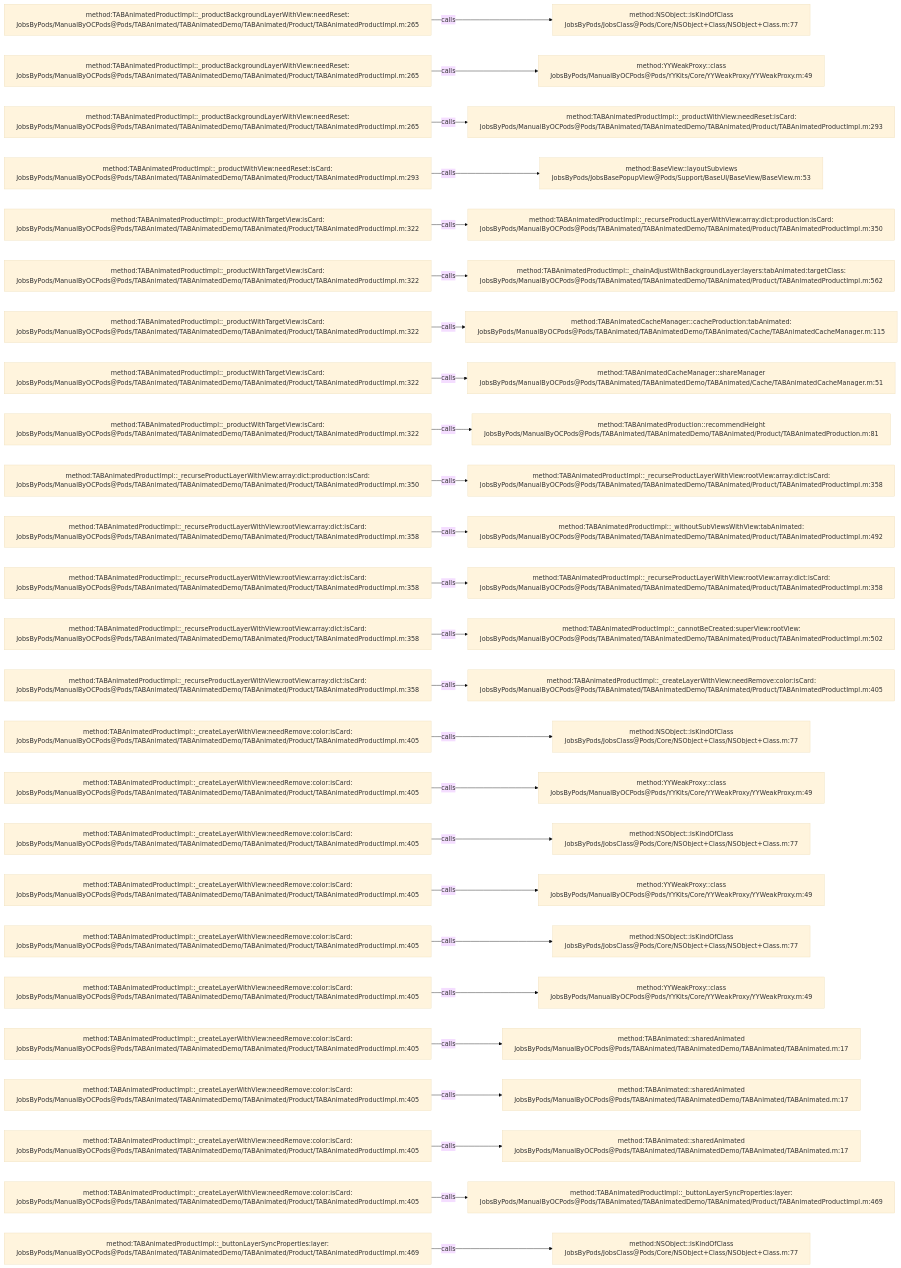
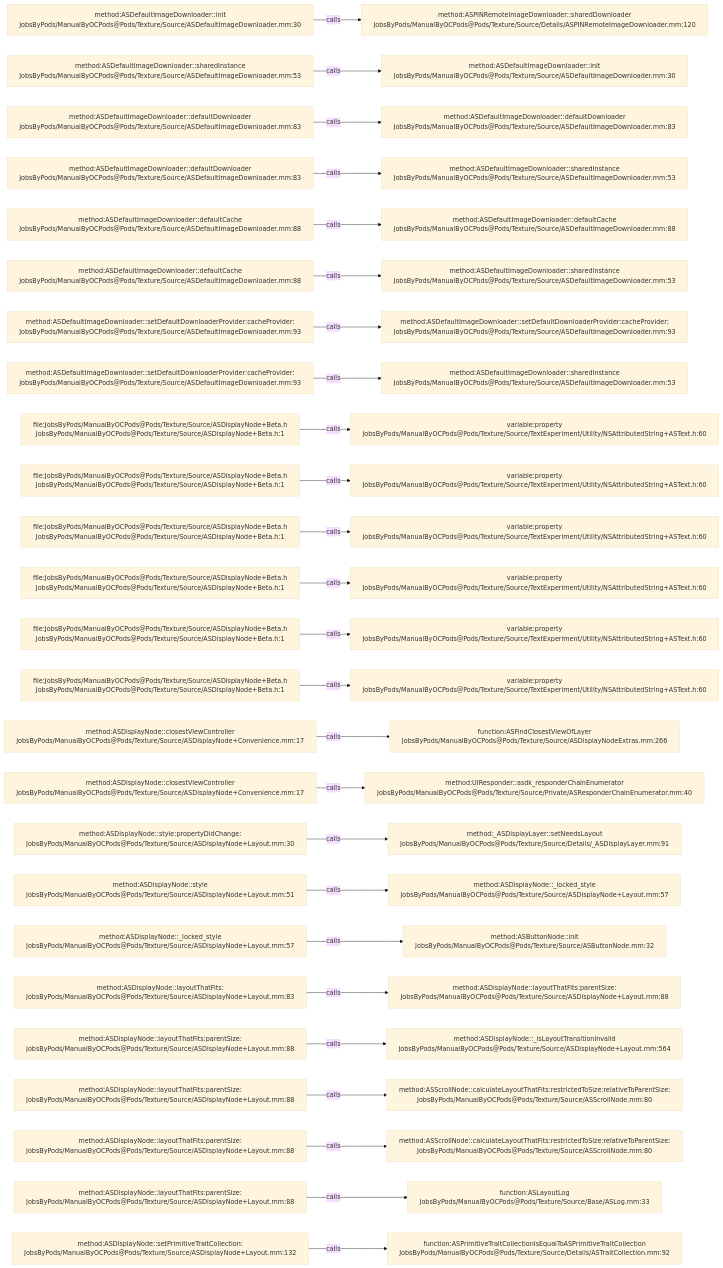
The diagram in .codegraph/codegraph.md/graphs/calls-199.md (JobsKits/JobsOCBaseConfigDemo), drawn with Mermaid (base theme) before and after one commit. The commit also changed 573 other files, not shown here.

````diff
--- a/.codegraph/codegraph.md/graphs/calls-199.md
+++ b/.codegraph/codegraph.md/graphs/calls-199.md
@@ -13,78 +13,78 @@
 ```mermaid
 flowchart LR
-  S1["method:TABAnimatedProductImpl::_productBackgroundLayerWithView:needReset:<br/>JobsByPods/ManualByOCPods@Pods/TABAnimated/TABAnimatedDemo/TABAnimated/Product/TABAnimatedProductImpl.m:265"]
-  T1["method:NSObject::isKindOfClass<br/>JobsByPods/JobsClass@Pods/Core/NSObject+Class/NSObject+Class.m:77"]
+  S1["method:ASDefaultImageDownloader::init<br/>JobsByPods/ManualByOCPods@Pods/Texture/Source/ASDefaultImageDownloader.mm:30"]
+  T1["method:ASPINRemoteImageDownloader::sharedDownloader<br/>JobsByPods/ManualByOCPods@Pods/Texture/Source/Details/ASPINRemoteImageDownloader.mm:120"]
   S1 -->|calls| T1
-  S2["method:TABAnimatedProductImpl::_productBackgroundLayerWithView:needReset:<br/>JobsByPods/ManualByOCPods@Pods/TABAnimated/TABAnimatedDemo/TABAnimated/Product/TABAnimatedProductImpl.m:265"]
-  T2["method:YYWeakProxy::class<br/>JobsByPods/ManualByOCPods@Pods/YYKits/Core/YYWeakProxy/YYWeakProxy.m:49"]
+  S2["method:ASDefaultImageDownloader::sharedInstance<br/>JobsByPods/ManualByOCPods@Pods/Texture/Source/ASDefaultImageDownloader.mm:53"]
+  T2["method:ASDefaultImageDownloader::init<br/>JobsByPods/ManualByOCPods@Pods/Texture/Source/ASDefaultImageDownloader.mm:30"]
   S2 -->|calls| T2
-  S3["method:TABAnimatedProductImpl::_productBackgroundLayerWithView:needReset:<br/>JobsByPods/ManualByOCPods@Pods/TABAnimated/TABAnimatedDemo/TABAnimated/Product/TABAnimatedProductImpl.m:265"]
-  T3["method:TABAnimatedProductImpl::_productWithView:needReset:isCard:<br/>JobsByPods/ManualByOCPods@Pods/TABAnimated/TABAnimatedDemo/TABAnimated/Product/TABAnimatedProductImpl.m:293"]
+  S3["method:ASDefaultImageDownloader::defaultDownloader<br/>JobsByPods/ManualByOCPods@Pods/Texture/Source/ASDefaultImageDownloader.mm:83"]
+  T3["method:ASDefaultImageDownloader::defaultDownloader<br/>JobsByPods/ManualByOCPods@Pods/Texture/Source/ASDefaultImageDownloader.mm:83"]
   S3 -->|calls| T3
-  S4["method:TABAnimatedProductImpl::_productWithView:needReset:isCard:<br/>JobsByPods/ManualByOCPods@Pods/TABAnimated/TABAnimatedDemo/TABAnimated/Product/TABAnimatedProductImpl.m:293"]
-  T4["method:BaseView::layoutSubviews<br/>JobsByPods/JobsBasePopupView@Pods/Support/BaseUI/BaseView/BaseView.m:53"]
+  S4["method:ASDefaultImageDownloader::defaultDownloader<br/>JobsByPods/ManualByOCPods@Pods/Texture/Source/ASDefaultImageDownloader.mm:83"]
+  T4["method:ASDefaultImageDownloader::sharedInstance<br/>JobsByPods/ManualByOCPods@Pods/Texture/Source/ASDefaultImageDownloader.mm:53"]
   S4 -->|calls| T4
-  S5["method:TABAnimatedProductImpl::_productWithTargetView:isCard:<br/>JobsByPods/ManualByOCPods@Pods/TABAnimated/TABAnimatedDemo/TABAnimated/Product/TABAnimatedProductImpl.m:322"]
-  T5["method:TABAnimatedProductImpl::_recurseProductLayerWithView:array:dict:production:isCard:<br/>JobsByPods/ManualByOCPods@Pods/TABAnimated/TABAnimatedDemo/TABAnimated/Product/TABAnimatedProductImpl.m:350"]
+  S5["method:ASDefaultImageDownloader::defaultCache<br/>JobsByPods/ManualByOCPods@Pods/Texture/Source/ASDefaultImageDownloader.mm:88"]
+  T5["method:ASDefaultImageDownloader::defaultCache<br/>JobsByPods/ManualByOCPods@Pods/Texture/Source/ASDefaultImageDownloader.mm:88"]
   S5 -->|calls| T5
-  S6["method:TABAnimatedProductImpl::_productWithTargetView:isCard:<br/>JobsByPods/ManualByOCPods@Pods/TABAnimated/TABAnimatedDemo/TABAnimated/Product/TABAnimatedProductImpl.m:322"]
-  T6["method:TABAnimatedProductImpl::_chainAdjustWithBackgroundLayer:layers:tabAnimated:targetClass:<br/>JobsByPods/ManualByOCPods@Pods/TABAnimated/TABAnimatedDemo/TABAnimated/Product/TABAnimatedProductImpl.m:562"]
+  S6["method:ASDefaultImageDownloader::defaultCache<br/>JobsByPods/ManualByOCPods@Pods/Texture/Source/ASDefaultImageDownloader.mm:88"]
+  T6["method:ASDefaultImageDownloader::sharedInstance<br/>JobsByPods/ManualByOCPods@Pods/Texture/Source/ASDefaultImageDownloader.mm:53"]
   S6 -->|calls| T6
-  S7["method:TABAnimatedProductImpl::_productWithTargetView:isCard:<br/>JobsByPods/ManualByOCPods@Pods/TABAnimated/TABAnimatedDemo/TABAnimated/Product/TABAnimatedProductImpl.m:322"]
-  T7["method:TABAnimatedCacheManager::cacheProduction:tabAnimated:<br/>JobsByPods/ManualByOCPods@Pods/TABAnimated/TABAnimatedDemo/TABAnimated/Cache/TABAnimatedCacheManager.m:115"]
+  S7["method:ASDefaultImageDownloader::setDefaultDownloaderProvider:cacheProvider:<br/>JobsByPods/ManualByOCPods@Pods/Texture/Source/ASDefaultImageDownloader.mm:93"]
+  T7["method:ASDefaultImageDownloader::setDefaultDownloaderProvider:cacheProvider:<br/>JobsByPods/ManualByOCPods@Pods/Texture/Source/ASDefaultImageDownloader.mm:93"]
   S7 -->|calls| T7
-  S8["method:TABAnimatedProductImpl::_productWithTargetView:isCard:<br/>JobsByPods/ManualByOCPods@Pods/TABAnimated/TABAnimatedDemo/TABAnimated/Product/TABAnimatedProductImpl.m:322"]
-  T8["method:TABAnimatedCacheManager::shareManager<br/>JobsByPods/ManualByOCPods@Pods/TABAnimated/TABAnimatedDemo/TABAnimated/Cache/TABAnimatedCacheManager.m:51"]
+  S8["method:ASDefaultImageDownloader::setDefaultDownloaderProvider:cacheProvider:<br/>JobsByPods/ManualByOCPods@Pods/Texture/Source/ASDefaultImageDownloader.mm:93"]
+  T8["method:ASDefaultImageDownloader::sharedInstance<br/>JobsByPods/ManualByOCPods@Pods/Texture/Source/ASDefaultImageDownloader.mm:53"]
   S8 -->|calls| T8
-  S9["method:TABAnimatedProductImpl::_productWithTargetView:isCard:<br/>JobsByPods/ManualByOCPods@Pods/TABAnimated/TABAnimatedDemo/TABAnimated/Product/TABAnimatedProductImpl.m:322"]
-  T9["method:TABAnimatedProduction::recommendHeight<br/>JobsByPods/ManualByOCPods@Pods/TABAnimated/TABAnimatedDemo/TABAnimated/Product/TABAnimatedProduction.m:81"]
+  S9["file:JobsByPods/ManualByOCPods@Pods/Texture/Source/ASDisplayNode+Beta.h<br/>JobsByPods/ManualByOCPods@Pods/Texture/Source/ASDisplayNode+Beta.h:1"]
+  T9["variable:property<br/>JobsByPods/ManualByOCPods@Pods/Texture/Source/TextExperiment/Utility/NSAttributedString+ASText.h:60"]
   S9 -->|calls| T9
-  S10["method:TABAnimatedProductImpl::_recurseProductLayerWithView:array:dict:production:isCard:<br/>JobsByPods/ManualByOCPods@Pods/TABAnimated/TABAnimatedDemo/TABAnimated/Product/TABAnimatedProductImpl.m:350"]
-  T10["method:TABAnimatedProductImpl::_recurseProductLayerWithView:rootView:array:dict:isCard:<br/>JobsByPods/ManualByOCPods@Pods/TABAnimated/TABAnimatedDemo/TABAnimated/Product/TABAnimatedProductImpl.m:358"]
+  S10["file:JobsByPods/ManualByOCPods@Pods/Texture/Source/ASDisplayNode+Beta.h<br/>JobsByPods/ManualByOCPods@Pods/Texture/Source/ASDisplayNode+Beta.h:1"]
+  T10["variable:property<br/>JobsByPods/ManualByOCPods@Pods/Texture/Source/TextExperiment/Utility/NSAttributedString+ASText.h:60"]
   S10 -->|calls| T10
-  S11["method:TABAnimatedProductImpl::_recurseProductLayerWithView:rootView:array:dict:isCard:<br/>JobsByPods/ManualByOCPods@Pods/TABAnimated/TABAnimatedDemo/TABAnimated/Product/TABAnimatedProductImpl.m:358"]
-  T11["method:TABAnimatedProductImpl::_withoutSubViewsWithView:tabAnimated:<br/>JobsByPods/ManualByOCPods@Pods/TABAnimated/TABAnimatedDemo/TABAnimated/Product/TABAnimatedProductImpl.m:492"]
+  S11["file:JobsByPods/ManualByOCPods@Pods/Texture/Source/ASDisplayNode+Beta.h<br/>JobsByPods/ManualByOCPods@Pods/Texture/Source/ASDisplayNode+Beta.h:1"]
+  T11["variable:property<br/>JobsByPods/ManualByOCPods@Pods/Texture/Source/TextExperiment/Utility/NSAttributedString+ASText.h:60"]
   S11 -->|calls| T11
-  S12["method:TABAnimatedProductImpl::_recurseProductLayerWithView:rootView:array:dict:isCard:<br/>JobsByPods/ManualByOCPods@Pods/TABAnimated/TABAnimatedDemo/TABAnimated/Product/TABAnimatedProductImpl.m:358"]
-  T12["method:TABAnimatedProductImpl::_recurseProductLayerWithView:rootView:array:dict:isCard:<br/>JobsByPods/ManualByOCPods@Pods/TABAnimated/TABAnimatedDemo/TABAnimated/Product/TABAnimatedProductImpl.m:358"]
+  S12["file:JobsByPods/ManualByOCPods@Pods/Texture/Source/ASDisplayNode+Beta.h<br/>JobsByPods/ManualByOCPods@Pods/Texture/Source/ASDisplayNode+Beta.h:1"]
+  T12["variable:property<br/>JobsByPods/ManualByOCPods@Pods/Texture/Source/TextExperiment/Utility/NSAttributedString+ASText.h:60"]
   S12 -->|calls| T12
-  S13["method:TABAnimatedProductImpl::_recurseProductLayerWithView:rootView:array:dict:isCard:<br/>JobsByPods/ManualByOCPods@Pods/TABAnimated/TABAnimatedDemo/TABAnimated/Product/TABAnimatedProductImpl.m:358"]
-  T13["method:TABAnimatedProductImpl::_cannotBeCreated:superView:rootView:<br/>JobsByPods/ManualByOCPods@Pods/TABAnimated/TABAnimatedDemo/TABAnimated/Product/TABAnimatedProductImpl.m:502"]
+  S13["file:JobsByPods/ManualByOCPods@Pods/Texture/Source/ASDisplayNode+Beta.h<br/>JobsByPods/ManualByOCPods@Pods/Texture/Source/ASDisplayNode+Beta.h:1"]
+  T13["variable:property<br/>JobsByPods/ManualByOCPods@Pods/Texture/Source/TextExperiment/Utility/NSAttributedString+ASText.h:60"]
   S13 -->|calls| T13
-  S14["method:TABAnimatedProductImpl::_recurseProductLayerWithView:rootView:array:dict:isCard:<br/>JobsByPods/ManualByOCPods@Pods/TABAnimated/TABAnimatedDemo/TABAnimated/Product/TABAnimatedProductImpl.m:358"]
-  T14["method:TABAnimatedProductImpl::_createLayerWithView:needRemove:color:isCard:<br/>JobsByPods/ManualByOCPods@Pods/TABAnimated/TABAnimatedDemo/TABAnimated/Product/TABAnimatedProductImpl.m:405"]
+  S14["file:JobsByPods/ManualByOCPods@Pods/Texture/Source/ASDisplayNode+Beta.h<br/>JobsByPods/ManualByOCPods@Pods/Texture/Source/ASDisplayNode+Beta.h:1"]
+  T14["variable:property<br/>JobsByPods/ManualByOCPods@Pods/Texture/Source/TextExperiment/Utility/NSAttributedString+ASText.h:60"]
   S14 -->|calls| T14
-  S15["method:TABAnimatedProductImpl::_createLayerWithView:needRemove:color:isCard:<br/>JobsByPods/ManualByOCPods@Pods/TABAnimated/TABAnimatedDemo/TABAnimated/Product/TABAnimatedProductImpl.m:405"]
-  T15["method:NSObject::isKindOfClass<br/>JobsByPods/JobsClass@Pods/Core/NSObject+Class/NSObject+Class.m:77"]
+  S15["method:ASDisplayNode::closestViewController<br/>JobsByPods/ManualByOCPods@Pods/Texture/Source/ASDisplayNode+Convenience.mm:17"]
+  T15["function:ASFindClosestViewOfLayer<br/>JobsByPods/ManualByOCPods@Pods/Texture/Source/ASDisplayNodeExtras.mm:266"]
   S15 -->|calls| T15
-  S16["method:TABAnimatedProductImpl::_createLayerWithView:needRemove:color:isCard:<br/>JobsByPods/ManualByOCPods@Pods/TABAnimated/TABAnimatedDemo/TABAnimated/Product/TABAnimatedProductImpl.m:405"]
-  T16["method:YYWeakProxy::class<br/>JobsByPods/ManualByOCPods@Pods/YYKits/Core/YYWeakProxy/YYWeakProxy.m:49"]
+  S16["method:ASDisplayNode::closestViewController<br/>JobsByPods/ManualByOCPods@Pods/Texture/Source/ASDisplayNode+Convenience.mm:17"]
+  T16["method:UIResponder::asdk_responderChainEnumerator<br/>JobsByPods/ManualByOCPods@Pods/Texture/Source/Private/ASResponderChainEnumerator.mm:40"]
   S16 -->|calls| T16
-  S17["method:TABAnimatedProductImpl::_createLayerWithView:needRemove:color:isCard:<br/>JobsByPods/ManualByOCPods@Pods/TABAnimated/TABAnimatedDemo/TABAnimated/Product/TABAnimatedProductImpl.m:405"]
-  T17["method:NSObject::isKindOfClass<br/>JobsByPods/JobsClass@Pods/Core/NSObject+Class/NSObject+Class.m:77"]
+  S17["method:ASDisplayNode::style:propertyDidChange:<br/>JobsByPods/ManualByOCPods@Pods/Texture/Source/ASDisplayNode+Layout.mm:30"]
+  T17["method:_ASDisplayLayer::setNeedsLayout<br/>JobsByPods/ManualByOCPods@Pods/Texture/Source/Details/_ASDisplayLayer.mm:91"]
   S17 -->|calls| T17
-  S18["method:TABAnimatedProductImpl::_createLayerWithView:needRemove:color:isCard:<br/>JobsByPods/ManualByOCPods@Pods/TABAnimated/TABAnimatedDemo/TABAnimated/Product/TABAnimatedProductImpl.m:405"]
-  T18["method:YYWeakProxy::class<br/>JobsByPods/ManualByOCPods@Pods/YYKits/Core/YYWeakProxy/YYWeakProxy.m:49"]
+  S18["method:ASDisplayNode::style<br/>JobsByPods/ManualByOCPods@Pods/Texture/Source/ASDisplayNode+Layout.mm:51"]
+  T18["method:ASDisplayNode::_locked_style<br/>JobsByPods/ManualByOCPods@Pods/Texture/Source/ASDisplayNode+Layout.mm:57"]
   S18 -->|calls| T18
-  S19["method:TABAnimatedProductImpl::_createLayerWithView:needRemove:color:isCard:<br/>JobsByPods/ManualByOCPods@Pods/TABAnimated/TABAnimatedDemo/TABAnimated/Product/TABAnimatedProductImpl.m:405"]
-  T19["method:NSObject::isKindOfClass<br/>JobsByPods/JobsClass@Pods/Core/NSObject+Class/NSObject+Class.m:77"]
+  S19["method:ASDisplayNode::_locked_style<br/>JobsByPods/ManualByOCPods@Pods/Texture/Source/ASDisplayNode+Layout.mm:57"]
+  T19["method:ASButtonNode::init<br/>JobsByPods/ManualByOCPods@Pods/Texture/Source/ASButtonNode.mm:32"]
   S19 -->|calls| T19
-  S20["method:TABAnimatedProductImpl::_createLayerWithView:needRemove:color:isCard:<br/>JobsByPods/ManualByOCPods@Pods/TABAnimated/TABAnimatedDemo/TABAnimated/Product/TABAnimatedProductImpl.m:405"]
-  T20["method:YYWeakProxy::class<br/>JobsByPods/ManualByOCPods@Pods/YYKits/Core/YYWeakProxy/YYWeakProxy.m:49"]
+  S20["method:ASDisplayNode::layoutThatFits:<br/>JobsByPods/ManualByOCPods@Pods/Texture/Source/ASDisplayNode+Layout.mm:83"]
+  T20["method:ASDisplayNode::layoutThatFits:parentSize:<br/>JobsByPods/ManualByOCPods@Pods/Texture/Source/ASDisplayNode+Layout.mm:88"]
   S20 -->|calls| T20
-  S21["method:TABAnimatedProductImpl::_createLayerWithView:needRemove:color:isCard:<br/>JobsByPods/ManualByOCPods@Pods/TABAnimated/TABAnimatedDemo/TABAnimated/Product/TABAnimatedProductImpl.m:405"]
-  T21["method:TABAnimated::sharedAnimated<br/>JobsByPods/ManualByOCPods@Pods/TABAnimated/TABAnimatedDemo/TABAnimated/TABAnimated.m:17"]
+  S21["method:ASDisplayNode::layoutThatFits:parentSize:<br/>JobsByPods/ManualByOCPods@Pods/Texture/Source/ASDisplayNode+Layout.mm:88"]
+  T21["method:ASDisplayNode::_isLayoutTransitionInvalid<br/>JobsByPods/ManualByOCPods@Pods/Texture/Source/ASDisplayNode+Layout.mm:564"]
   S21 -->|calls| T21
-  S22["method:TABAnimatedProductImpl::_createLayerWithView:needRemove:color:isCard:<br/>JobsByPods/ManualByOCPods@Pods/TABAnimated/TABAnimatedDemo/TABAnimated/Product/TABAnimatedProductImpl.m:405"]
-  T22["method:TABAnimated::sharedAnimated<br/>JobsByPods/ManualByOCPods@Pods/TABAnimated/TABAnimatedDemo/TABAnimated/TABAnimated.m:17"]
+  S22["method:ASDisplayNode::layoutThatFits:parentSize:<br/>JobsByPods/ManualByOCPods@Pods/Texture/Source/ASDisplayNode+Layout.mm:88"]
+  T22["method:ASScrollNode::calculateLayoutThatFits:restrictedToSize:relativeToParentSize:<br/>JobsByPods/ManualByOCPods@Pods/Texture/Source/ASScrollNode.mm:80"]
   S22 -->|calls| T22
-  S23["method:TABAnimatedProductImpl::_createLayerWithView:needRemove:color:isCard:<br/>JobsByPods/ManualByOCPods@Pods/TABAnimated/TABAnimatedDemo/TABAnimated/Product/TABAnimatedProductImpl.m:405"]
-  T23["method:TABAnimated::sharedAnimated<br/>JobsByPods/ManualByOCPods@Pods/TABAnimated/TABAnimatedDemo/TABAnimated/TABAnimated.m:17"]
+  S23["method:ASDisplayNode::layoutThatFits:parentSize:<br/>JobsByPods/ManualByOCPods@Pods/Texture/Source/ASDisplayNode+Layout.mm:88"]
+  T23["method:ASScrollNode::calculateLayoutThatFits:restrictedToSize:relativeToParentSize:<br/>JobsByPods/ManualByOCPods@Pods/Texture/Source/ASScrollNode.mm:80"]
   S23 -->|calls| T23
-  S24["method:TABAnimatedProductImpl::_createLayerWithView:needRemove:color:isCard:<br/>JobsByPods/ManualByOCPods@Pods/TABAnimated/TABAnimatedDemo/TABAnimated/Product/TABAnimatedProductImpl.m:405"]
-  T24["method:TABAnimatedProductImpl::_buttonLayerSyncProperties:layer:<br/>JobsByPods/ManualByOCPods@Pods/TABAnimated/TABAnimatedDemo/TABAnimated/Product/TABAnimatedProductImpl.m:469"]
+  S24["method:ASDisplayNode::layoutThatFits:parentSize:<br/>JobsByPods/ManualByOCPods@Pods/Texture/Source/ASDisplayNode+Layout.mm:88"]
+  T24["function:ASLayoutLog<br/>JobsByPods/ManualByOCPods@Pods/Texture/Source/Base/ASLog.mm:33"]
   S24 -->|calls| T24
-  S25["method:TABAnimatedProductImpl::_buttonLayerSyncProperties:layer:<br/>JobsByPods/ManualByOCPods@Pods/TABAnimated/TABAnimatedDemo/TABAnimated/Product/TABAnimatedProductImpl.m:469"]
-  T25["method:NSObject::isKindOfClass<br/>JobsByPods/JobsClass@Pods/Core/NSObject+Class/NSObject+Class.m:77"]
+  S25["method:ASDisplayNode::setPrimitiveTraitCollection:<br/>JobsByPods/ManualByOCPods@Pods/Texture/Source/ASDisplayNode+Layout.mm:132"]
+  T25["function:ASPrimitiveTraitCollectionIsEqualToASPrimitiveTraitCollection<br/>JobsByPods/ManualByOCPods@Pods/Texture/Source/Details/ASTraitCollection.mm:92"]
   S25 -->|calls| T25
 ```
````
